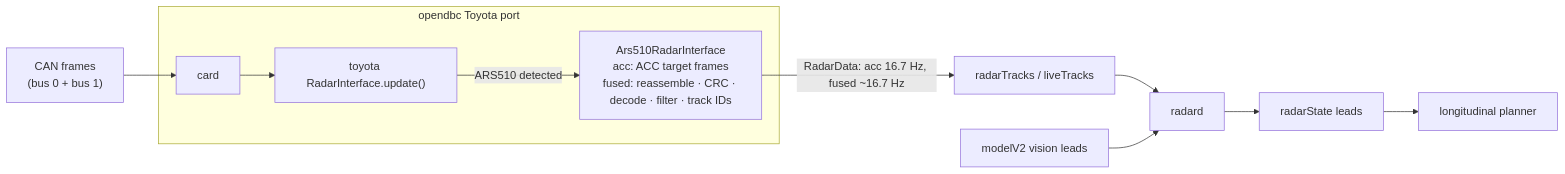
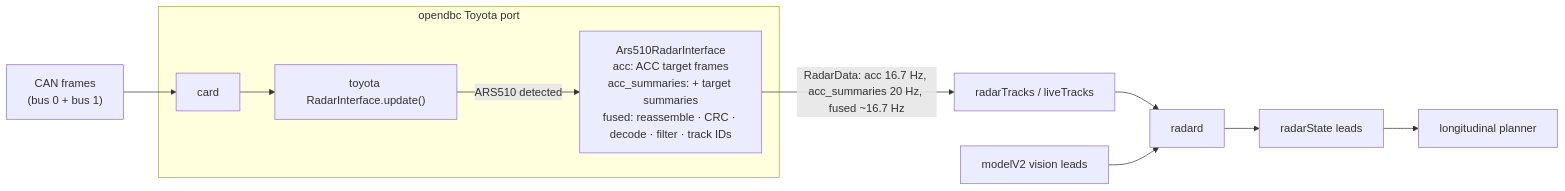
One commit to ds-sebastian/ars510-radar changed the diagram in docs/08_openpilot_integration.md. Above: the diagram before and after it, drawn with Mermaid. The commit also changed other lines of this file and 13 other files, not shown here.

````diff
--- a/docs/08_openpilot_integration.md
+++ b/docs/08_openpilot_integration.md
@@ -8,11 +8,11 @@
 ```mermaid
 flowchart LR
     CAN["CAN frames<br/>(bus 0 + bus 1)"] --> card
     subgraph opendbc Toyota port
         card --> RI["toyota RadarInterface.update()"]
-        RI -- "ARS510 detected" --> A["Ars510RadarInterface<br/>acc: ACC target frames<br/>fused: reassemble · CRC · decode · filter · track IDs"]
+        RI -- "ARS510 detected" --> A["Ars510RadarInterface<br/>acc: ACC target frames<br/>acc_summaries: + target summaries<br/>fused: reassemble · CRC · decode · filter · track IDs"]
     end
-    A -- "RadarData: acc 16.7 Hz, fused ~16.7 Hz" --> T["radarTracks / liveTracks"]
+    A -- "RadarData: acc 16.7 Hz, acc_summaries 20 Hz, fused ~16.7 Hz" --> T["radarTracks / liveTracks"]
     T --> radard --> RS["radarState leads"] --> P[longitudinal planner]
     V["modelV2 vision leads"] --> radard
 ```
````
